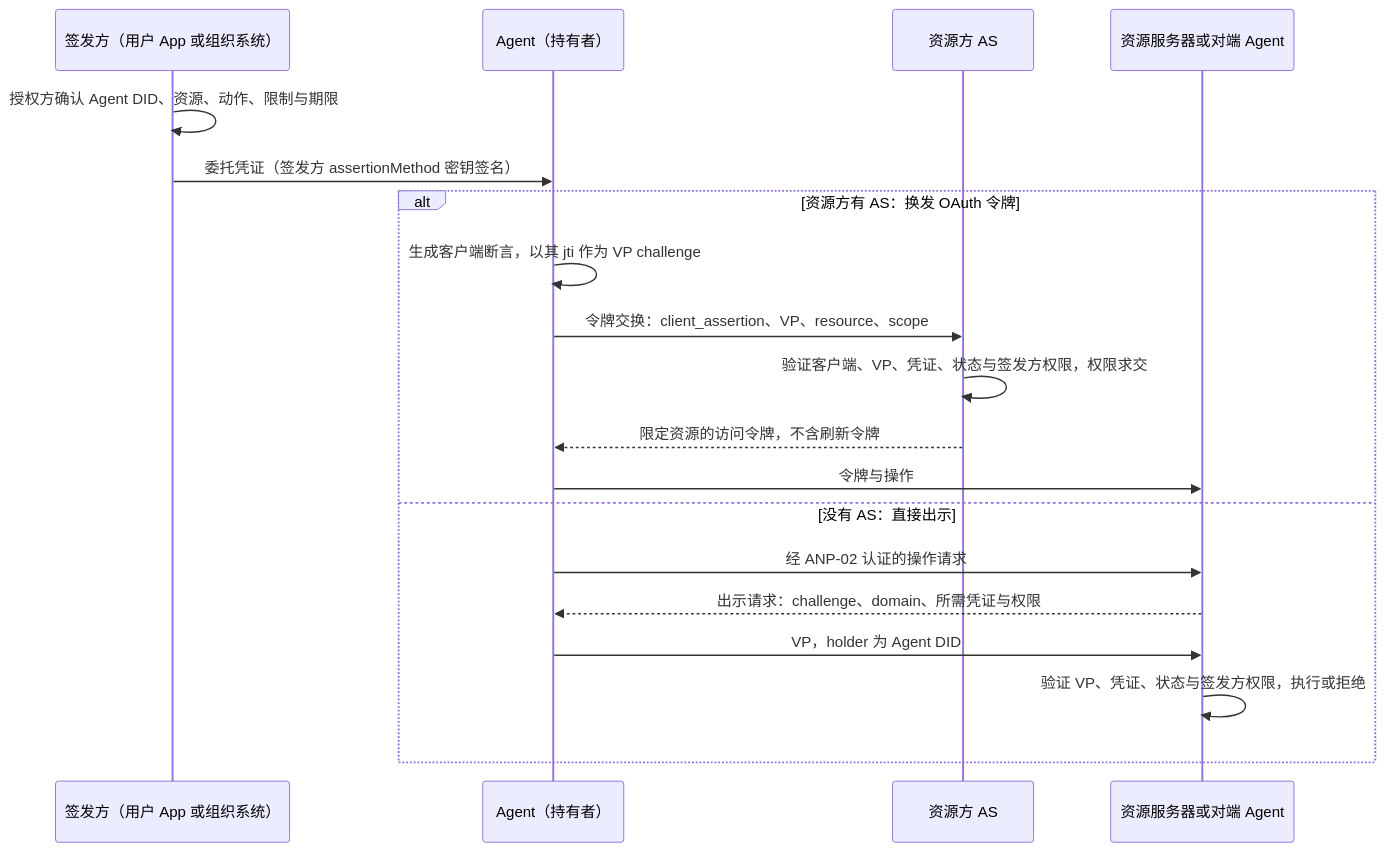
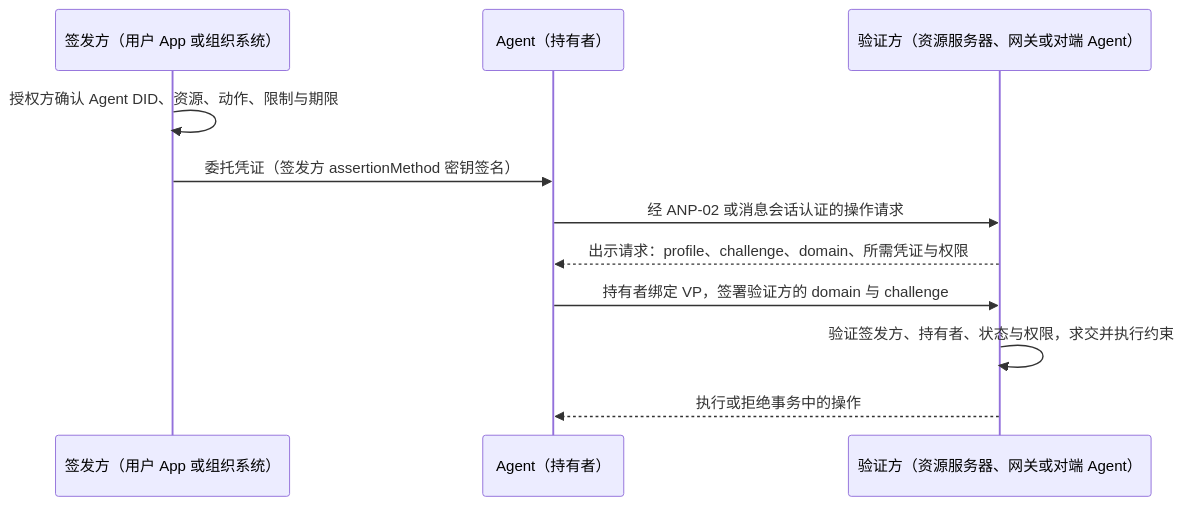
Before and after one commit to agent-network-protocol/AgentNetworkProtocol: the fourth of 4 diagrams in vnext/chinese/05-ANP-基于DID的授权协议.md, drawn with Mermaid. The commit also changed other lines of this file and 8 other files, not shown here.

Commit message:
docs: separate OAuth and VC paths in ANP-05 v0.6

````diff
--- a/vnext/chinese/05-ANP-基于DID的授权协议.md
+++ b/vnext/chinese/05-ANP-基于DID的授权协议.md
@@ -733,21 +733,13 @@
 ```mermaid
 sequenceDiagram
     participant I as 签发方（用户 App 或组织系统）
     participant A as Agent（持有者）
-    participant S as 资源方 AS
-    participant R as 资源服务器或对端 Agent
+    participant R as 验证方（资源服务器、网关或对端 Agent）
     I->>I: 授权方确认 Agent DID、资源、动作、限制与期限
     I->>A: 委托凭证（签发方 assertionMethod 密钥签名）
-    alt 资源方有 AS：换发 OAuth 令牌
-        A->>A: 生成客户端断言，以其 jti 作为 VP challenge
-        A->>S: 令牌交换：client_assertion、VP、resource、scope
-        S->>S: 验证客户端、VP、凭证、状态与签发方权限，权限求交
-        S-->>A: 限定资源的访问令牌，不含刷新令牌
-        A->>R: 令牌与操作
-    else 没有 AS：直接出示
-        A->>R: 经 ANP-02 认证的操作请求
-        R-->>A: 出示请求：challenge、domain、所需凭证与权限
-        A->>R: VP，holder 为 Agent DID
-        R->>R: 验证 VP、凭证、状态与签发方权限，执行或拒绝
-    end
+    A->>R: 经 ANP-02 或消息会话认证的操作请求
+    R-->>A: 出示请求：profile、challenge、domain、所需凭证与权限
+    A->>R: 持有者绑定 VP，签署验证方的 domain 与 challenge
+    R->>R: 验证签发方、持有者、状态与权限，求交并执行约束
+    R-->>A: 执行或拒绝事务中的操作
 ```
````
